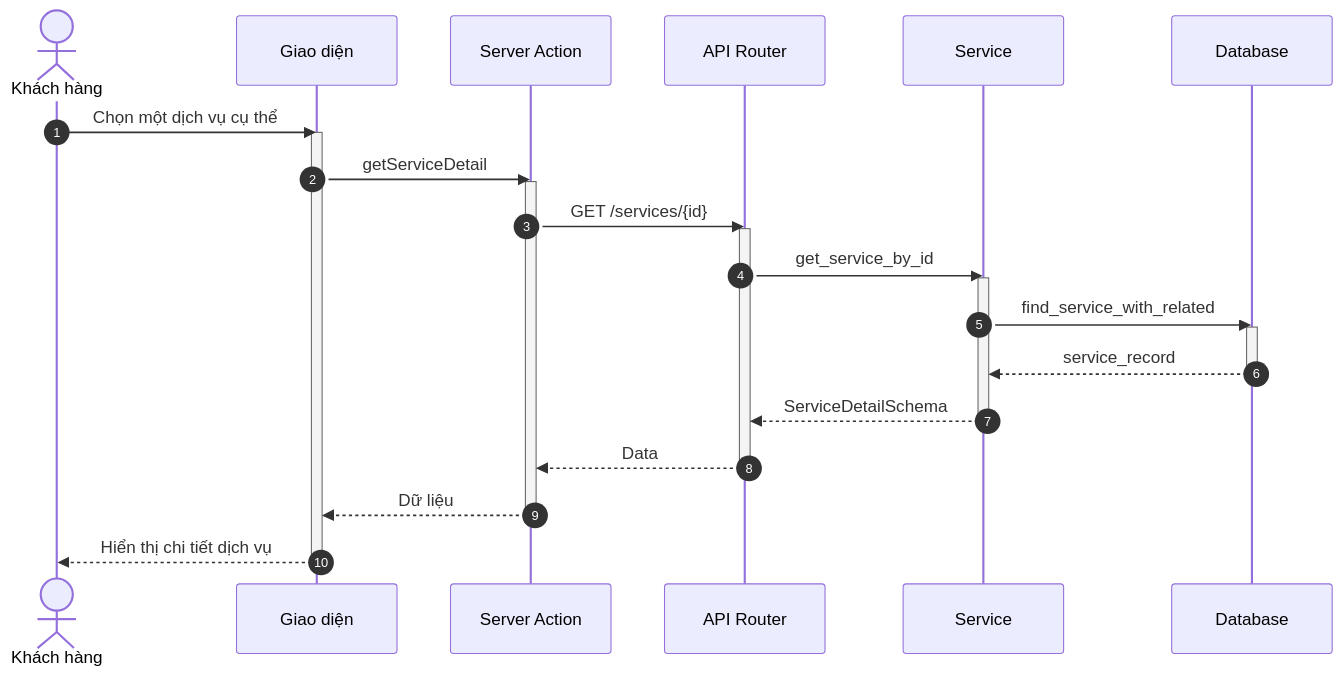
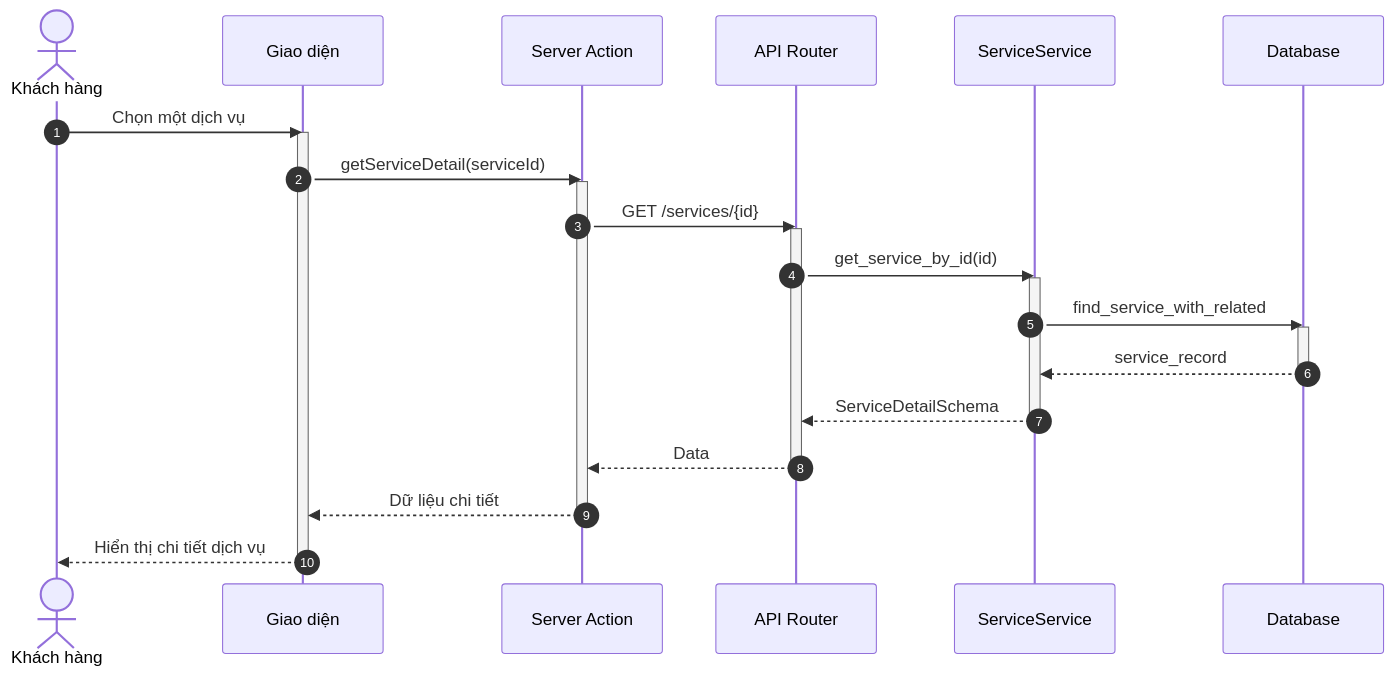
Before and after one commit to ngoctinn/Synapse: the second of 9 diagrams in docs/design/sequences/customer_flows.md, drawn with Mermaid. The commit also changed other lines of this file and 11 other files, not shown here.

Commit message:
docs: Add initial design documentation, including architecture, UI, use cases, and detailed sequence diagrams for various user flows.

````diff
--- a/docs/design/sequences/customer_flows.md
+++ b/docs/design/sequences/customer_flows.md
@@ -70,38 +70,38 @@
 ```mermaid
 sequenceDiagram
     autonumber
     actor KH as Khách hàng
     participant UI as Giao diện
     participant BFF as Server Action
     participant API as API Router
-    participant S as Service
+    participant S as ServiceService
     participant DB as Database
 
-    KH->>UI: Chọn một dịch vụ cụ thể
+    KH->>UI: Chọn một dịch vụ
     activate UI
-    UI->>BFF: getServiceDetail
+    UI->>BFF: getServiceDetail(serviceId)
     activate BFF
 
     BFF->>API: GET /services/{id}
     activate API
 
-    API->>S: get_service_by_id
+    API->>S: get_service_by_id(id)
     activate S
 
     S->>DB: find_service_with_related
     activate DB
     DB-->>S: service_record
     deactivate DB
 
     S-->>API: ServiceDetailSchema
     deactivate S
 
     API-->>BFF: Data
     deactivate API
 
-    BFF-->>UI: Dữ liệu
+    BFF-->>UI: Dữ liệu chi tiết
     deactivate BFF
 
     UI-->>KH: Hiển thị chi tiết dịch vụ
     deactivate UI
 ```
````
